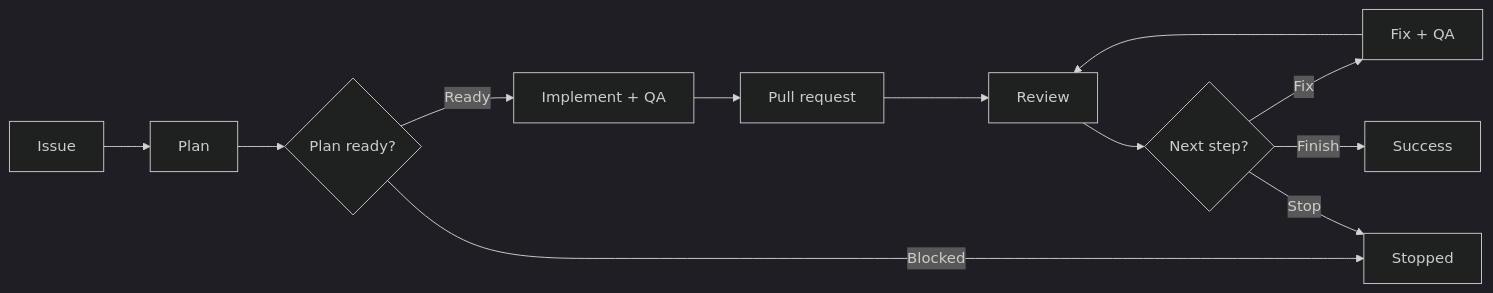
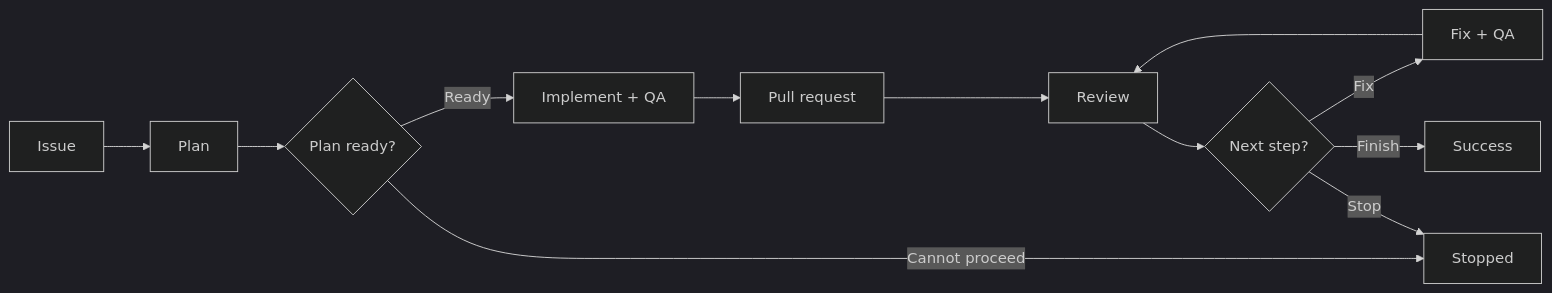
The diagram in README.md (dceoy/pr-loop), drawn with Mermaid (dark theme) before and after one commit.

Commit message:
docs: clarify unrecoverable planning stop

````diff
--- a/README.md
+++ b/README.md
@@ -11,12 +11,12 @@
 ```mermaid
 flowchart LR
   I[Issue] --> P[Plan] --> Q{Plan ready?}
   Q -->|Ready| M[Implement + QA] --> PR[Pull request]
-  Q -->|Blocked| T[Stopped]
+  Q -->|Cannot proceed| T[Stopped]
 
   PR --> R[Review] --> N{Next step?}
   N -->|Fix| X[Fix + QA]
   X --> R
   N -->|Stop| T
   N -->|Finish| S[Success]
 ```
````
